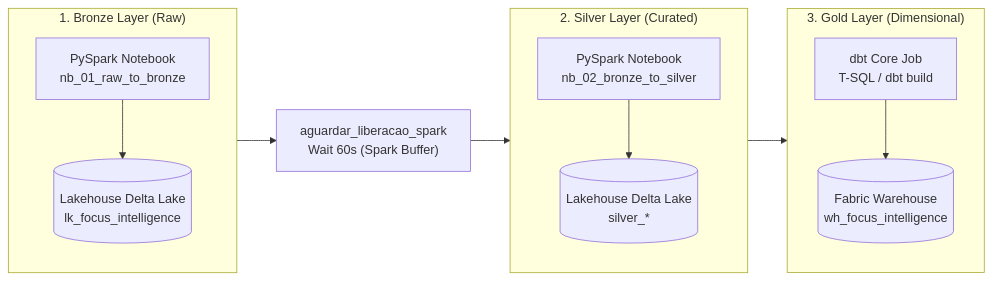
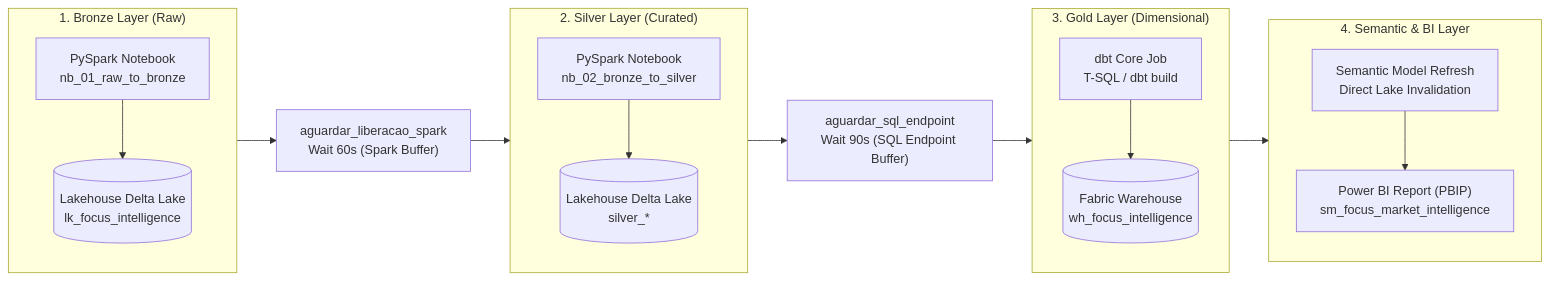
The diagram in docs/en/explanation/architecture.md (leoserpa/fabric-focus-market-intelligence), drawn with Mermaid before and after one commit. The commit also changed other lines of this file and 9 other files, not shown here.

First line of the commit message:
docs: update architecture diagrams and pipeline execution evidence for 6-stage fabric workflow

````diff
--- a/docs/en/explanation/architecture.md
+++ b/docs/en/explanation/architecture.md
@@ -23,27 +23,36 @@
 ```mermaid
 flowchart LR
     subgraph Bronze ["1. Bronze Layer (Raw)"]
         direction TB
         B1["PySpark Notebook<br/>nb_01_raw_to_bronze"]
         B2[("Lakehouse Delta Lake<br/>lk_focus_intelligence")]
         B1 --> B2
     end
 
     subgraph Silver ["2. Silver Layer (Curated)"]
         direction TB
         S1["PySpark Notebook<br/>nb_02_bronze_to_silver"]
         S2[("Lakehouse Delta Lake<br/>silver_*")]
         S1 --> S2
     end
 
     subgraph Gold ["3. Gold Layer (Dimensional)"]
         direction TB
         G1["dbt Core Job<br/>T-SQL / dbt build"]
         G2[("Fabric Warehouse<br/>wh_focus_intelligence")]
         G1 --> G2
     end
 
-    B2 --> W["aguardar_liberacao_spark<br/>Wait 60s (Spark Buffer)"]
-    W --> S1
-    S2 --> G1
+    subgraph Consumption ["4. Semantic & BI Layer"]
+        direction TB
+        R1["Semantic Model Refresh<br/>Direct Lake Invalidation"]
+        R2["Power BI Report (PBIP)<br/>sm_focus_market_intelligence"]
+        R1 --> R2
+    end
+
+    B2 --> W1["aguardar_liberacao_spark<br/>Wait 60s (Spark Buffer)"]
+    W1 --> S1
+    S2 --> W2["aguardar_sql_endpoint<br/>Wait 90s (SQL Endpoint Buffer)"]
+    W2 --> G1
+    G2 --> R1
 ```
````
